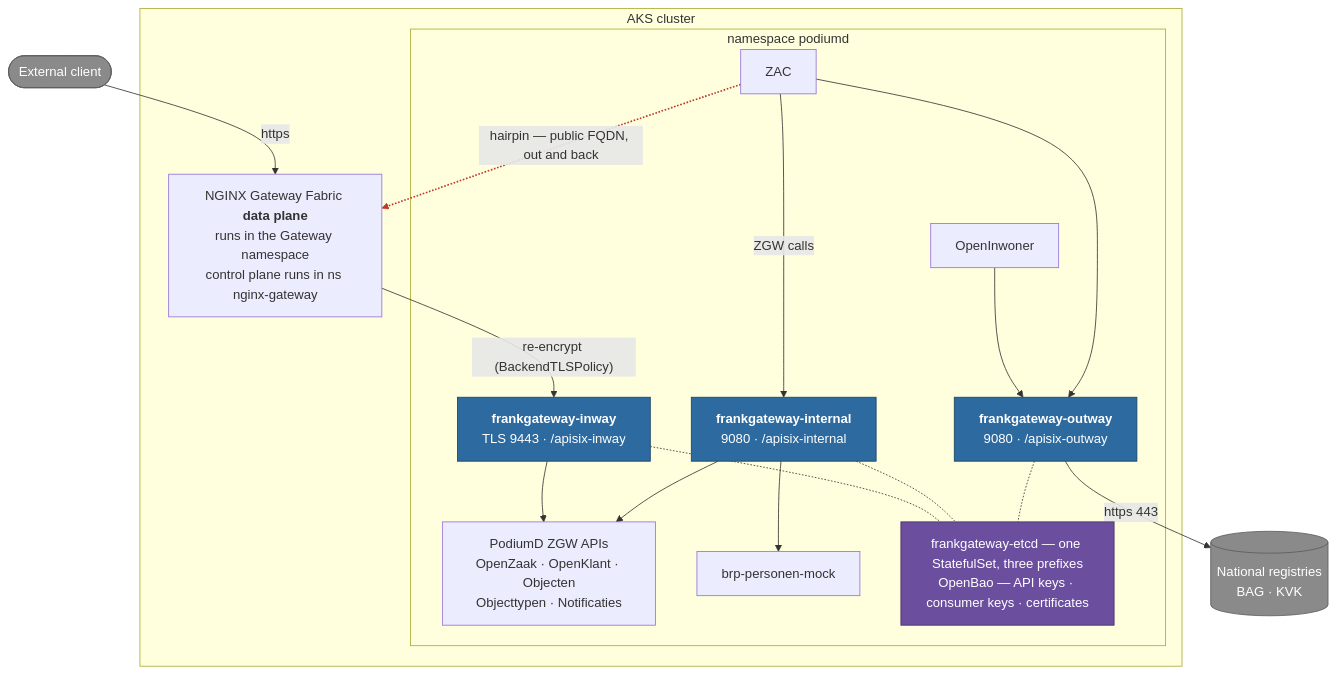
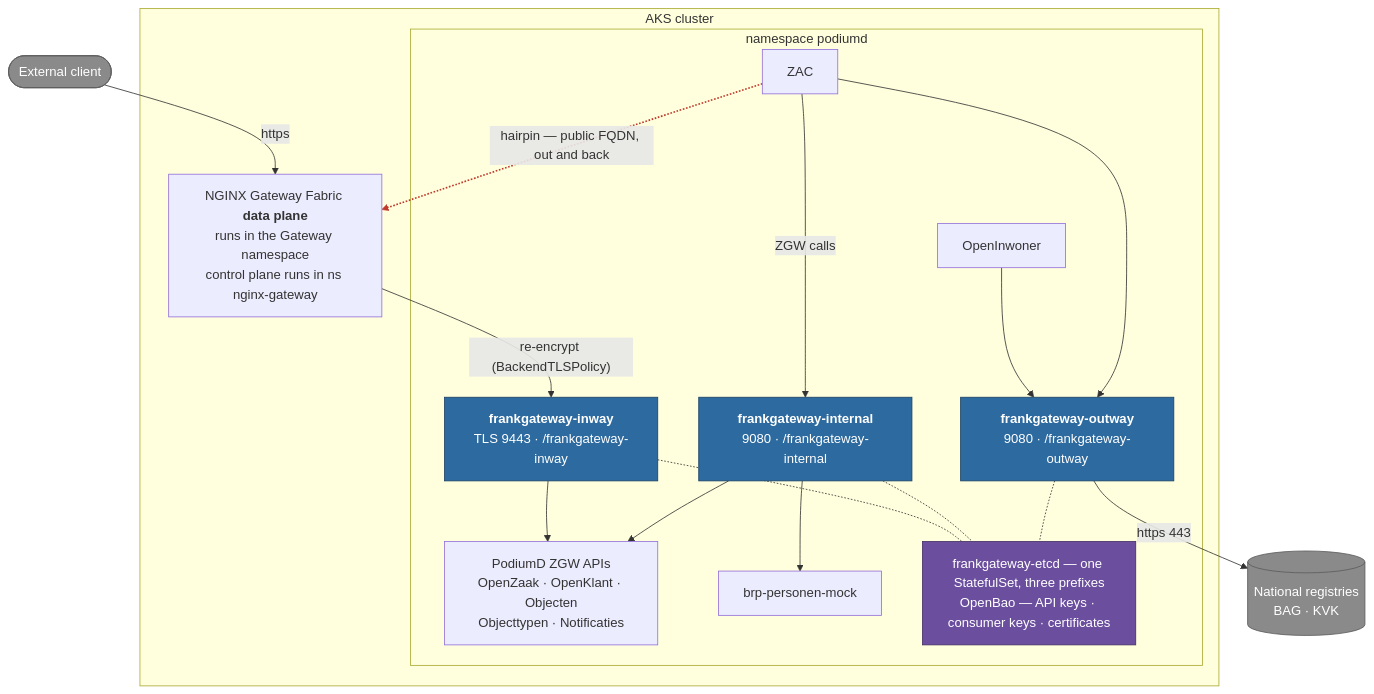
The diagram in charts/podiumd/docs/apps/frankgateway/frankgateway-traffic-classes.md (Dimpact-Samenwerking/helm-charts), drawn with Mermaid before and after one commit. The commit also changed other lines of this file and 5 other files, not shown here.

````diff
--- a/charts/podiumd/docs/apps/frankgateway/frankgateway-traffic-classes.md
+++ b/charts/podiumd/docs/apps/frankgateway/frankgateway-traffic-classes.md
@@ -29,49 +28,49 @@
 ```mermaid
 flowchart TB
   client([External client])
   registries[("National registries<br/>BAG · KVK")]
 
   subgraph cluster["AKS cluster"]
     ngf["NGINX Gateway Fabric <b>data plane</b><br/>runs in the Gateway namespace<br/>control plane runs in ns nginx-gateway"]
 
     subgraph podiumd["namespace podiumd"]
-      inway["<b>frankgateway-inway</b><br/>TLS 9443 · /apisix-inway"]
-      internal["<b>frankgateway-internal</b><br/>9080 · /apisix-internal"]
-      outway["<b>frankgateway-outway</b><br/>9080 · /apisix-outway"]
+      inway["<b>frankgateway-inway</b><br/>TLS 9443 · /frankgateway-inway"]
+      internal["<b>frankgateway-internal</b><br/>9080 · /frankgateway-internal"]
+      outway["<b>frankgateway-outway</b><br/>9080 · /frankgateway-outway"]
 
       apps["PodiumD ZGW APIs<br/>OpenZaak · OpenKlant · Objecten<br/>Objecttypen · Notificaties"]
       brpmock["brp-personen-mock"]
       zac["ZAC"]
       inwoner["OpenInwoner"]
 
       shared["frankgateway-etcd — one StatefulSet, three prefixes<br/>OpenBao — API keys · consumer keys · certificates"]
     end
   end
 
   client -->|https| ngf
   ngf -->|"re-encrypt (BackendTLSPolicy)"| inway
   inway --> apps
 
   zac -->|ZGW calls| internal
   internal --> apps
   internal --> brpmock
 
   inwoner --> outway
   zac --> outway
   outway -->|"https 443"| registries
 
   zac -.->|"hairpin — public FQDN, out and back"| ngf
 
   inway -.- shared
   internal -.- shared
   outway -.- shared
 
   classDef gw fill:#2d6a9f,stroke:#1b4165,color:#fff
   classDef store fill:#6b4f9e,stroke:#432f66,color:#fff
   classDef ext fill:#8a8a8a,stroke:#5c5c5c,color:#fff
   class inway,outway,internal gw
   class shared store
   class client,registries ext
   %% link 9 is the zac -> ngf hairpin (links are numbered in declaration order)
   linkStyle 9 stroke:#c0392b,stroke-width:2px
 ```
````
